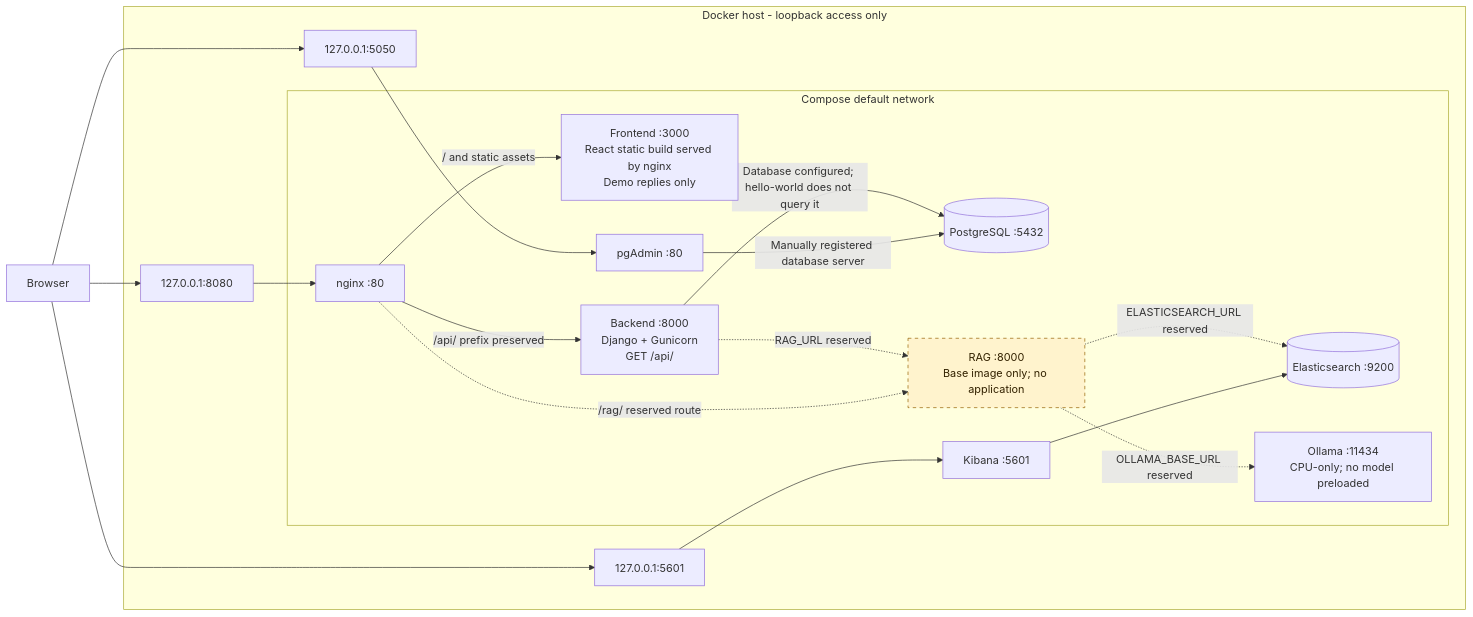
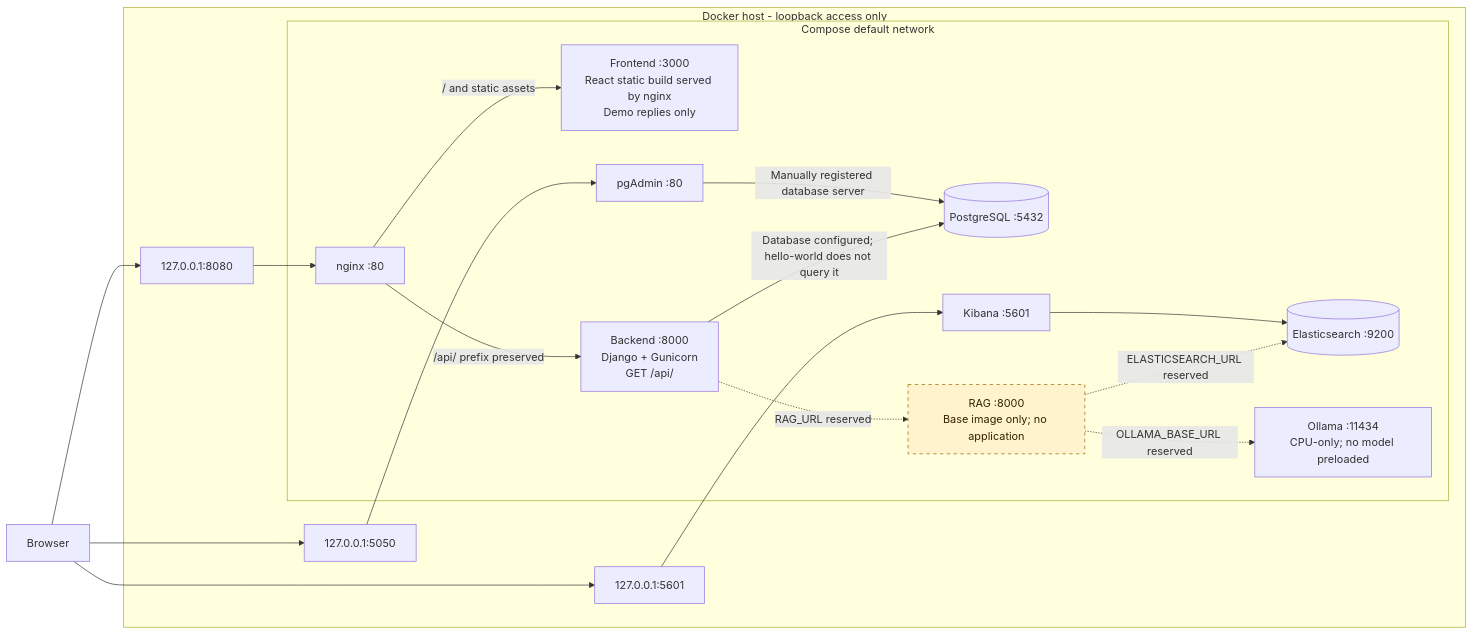
One commit to canrefih/RAG42 changed the first of 2 diagrams in docs/docker.md. Above: the diagram before and after it, drawn with Mermaid. The commit also changed other lines of this file and 3 other files, not shown here.

First line of the commit message:
fix(infra): route RAG access exclusively through the backend

````diff
--- a/docs/docker.md
+++ b/docs/docker.md
@@ -15,41 +15,40 @@
 ```mermaid
 flowchart LR
     browser["Browser"]
 
     subgraph host["Docker host - loopback access only"]
         web["127.0.0.1:8080"]
         dashboard["127.0.0.1:5601"]
         databaseui["127.0.0.1:5050"]
 
         subgraph network["Compose default network"]
             gateway["nginx :80"]
             frontend["Frontend :3000<br/>React static build served by nginx<br/>Demo replies only"]
             backend["Backend :8000<br/>Django + Gunicorn<br/>GET /api/"]
             postgres[("PostgreSQL :5432")]
             pgadmin["pgAdmin :80"]
             kibana["Kibana :5601"]
             elasticsearch[("Elasticsearch :9200")]
             ollama["Ollama :11434<br/>CPU-only; no model preloaded"]
             rag["RAG :8000<br/>Base image only; no application"]
         end
     end
 
     browser --> web
     browser --> dashboard
     browser --> databaseui
     web --> gateway
     dashboard --> kibana
     databaseui --> pgadmin
     pgadmin -->|"Manually registered database server"| postgres
     gateway -->|"/ and static assets"| frontend
     gateway -->|"/api/ prefix preserved"| backend
-    gateway -.->|"/rag/ reserved route"| rag
     backend -->|"Database configured; hello-world does not query it"| postgres
     kibana --> elasticsearch
     backend -.->|"RAG_URL reserved"| rag
     rag -.->|"ELASTICSEARCH_URL reserved"| elasticsearch
     rag -.->|"OLLAMA_BASE_URL reserved"| ollama
 
     classDef unfinished fill:#fff3cd,stroke:#946200,color:#332200,stroke-dasharray:5 5
     class rag unfinished
 ```
````
